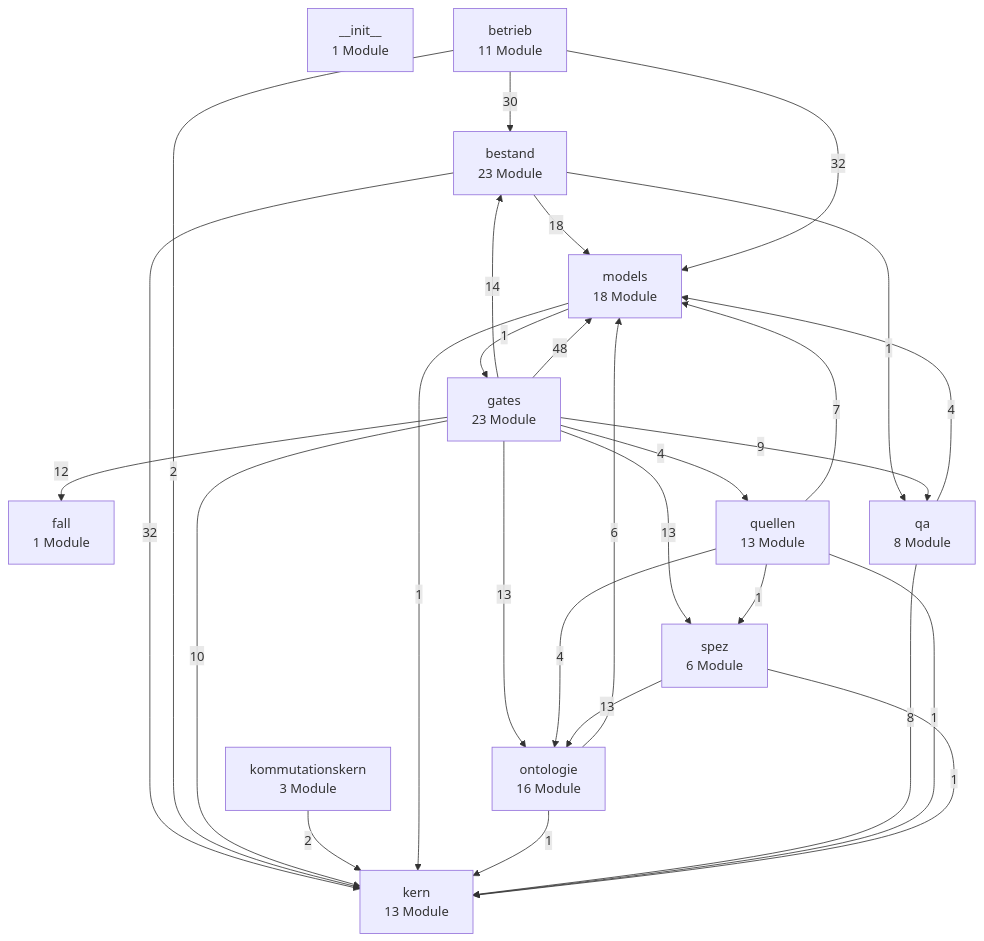
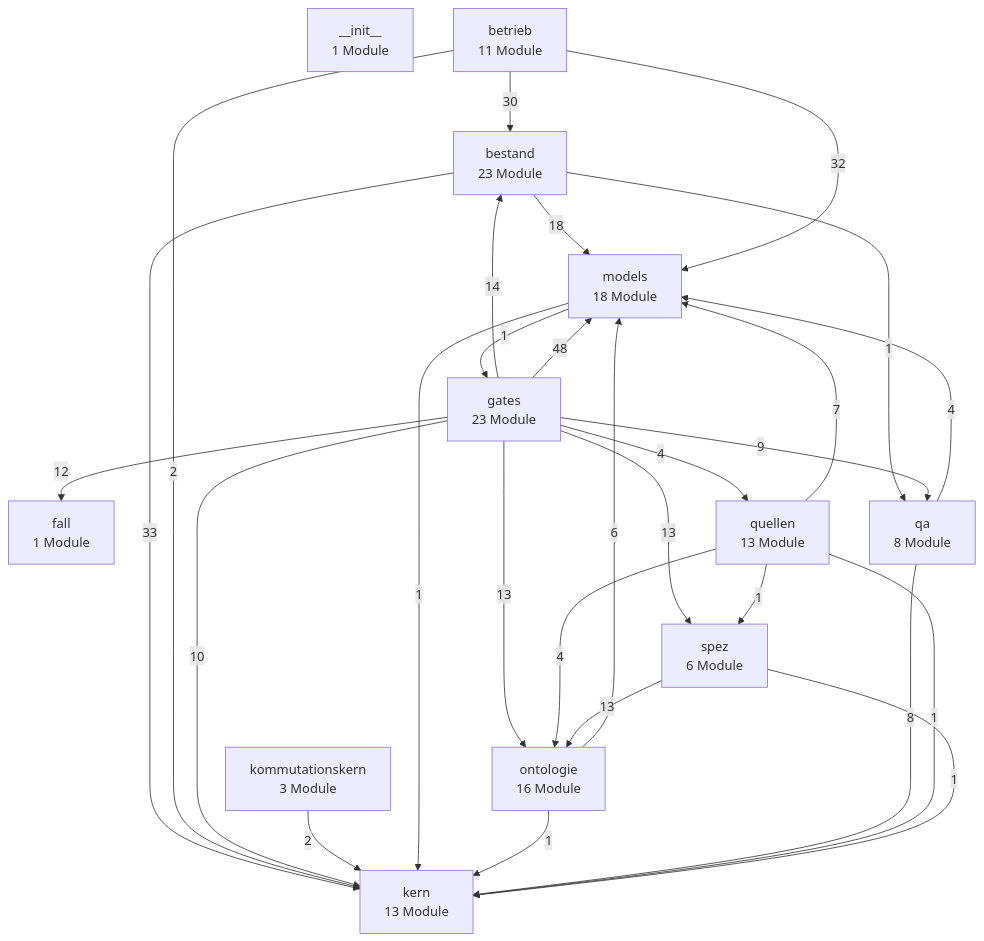
The first of 3 diagrams in docs/architektur/landkarte.md (bartlmac/rechner-pipeline), drawn with Mermaid before and after one commit. The commit also changed 16 other files, not shown here.

````diff
--- a/docs/architektur/landkarte.md
+++ b/docs/architektur/landkarte.md
@@ -27,43 +27,43 @@
 ```mermaid
 %% Schichten — erzeugt von ontologie.landkarte
 flowchart TD
     n__init__["__init__<br/>1 Module"]
     bestand["bestand<br/>23 Module"]
     betrieb["betrieb<br/>11 Module"]
     fall["fall<br/>1 Module"]
     gates["gates<br/>23 Module"]
     kern["kern<br/>13 Module"]
     kommutationskern["kommutationskern<br/>3 Module"]
     models["models<br/>18 Module"]
     ontologie["ontologie<br/>16 Module"]
     qa["qa<br/>8 Module"]
     quellen["quellen<br/>13 Module"]
     spez["spez<br/>6 Module"]
-    bestand -- 32 --> kern
+    bestand -- 33 --> kern
     bestand -- 18 --> models
     bestand -- 1 --> qa
     betrieb -- 30 --> bestand
     betrieb -- 2 --> kern
     betrieb -- 32 --> models
     gates -- 14 --> bestand
     gates -- 12 --> fall
     gates -- 10 --> kern
     gates -- 48 --> models
     gates -- 13 --> ontologie
     gates -- 9 --> qa
     gates -- 4 --> quellen
     gates -- 13 --> spez
     kommutationskern -- 2 --> kern
     models -- 1 --> gates
     models -- 1 --> kern
     ontologie -- 1 --> kern
     ontologie -- 6 --> models
     qa -- 8 --> kern
     qa -- 4 --> models
     quellen -- 1 --> kern
     quellen -- 7 --> models
     quellen -- 4 --> ontologie
     quellen -- 1 --> spez
     spez -- 1 --> kern
     spez -- 13 --> ontologie
 ```
````
